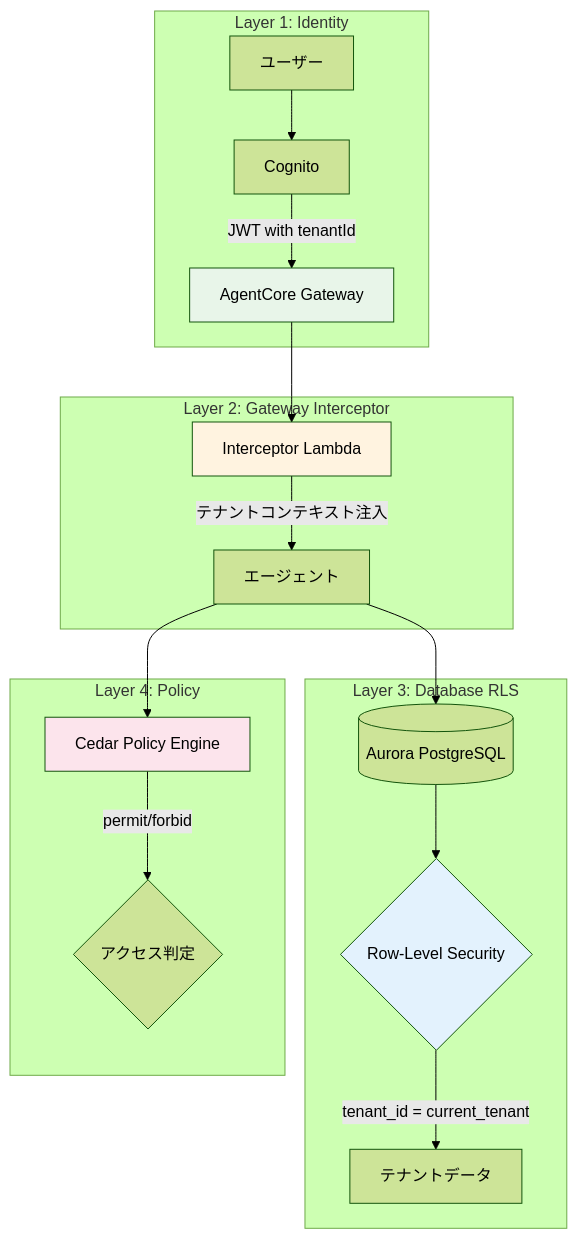
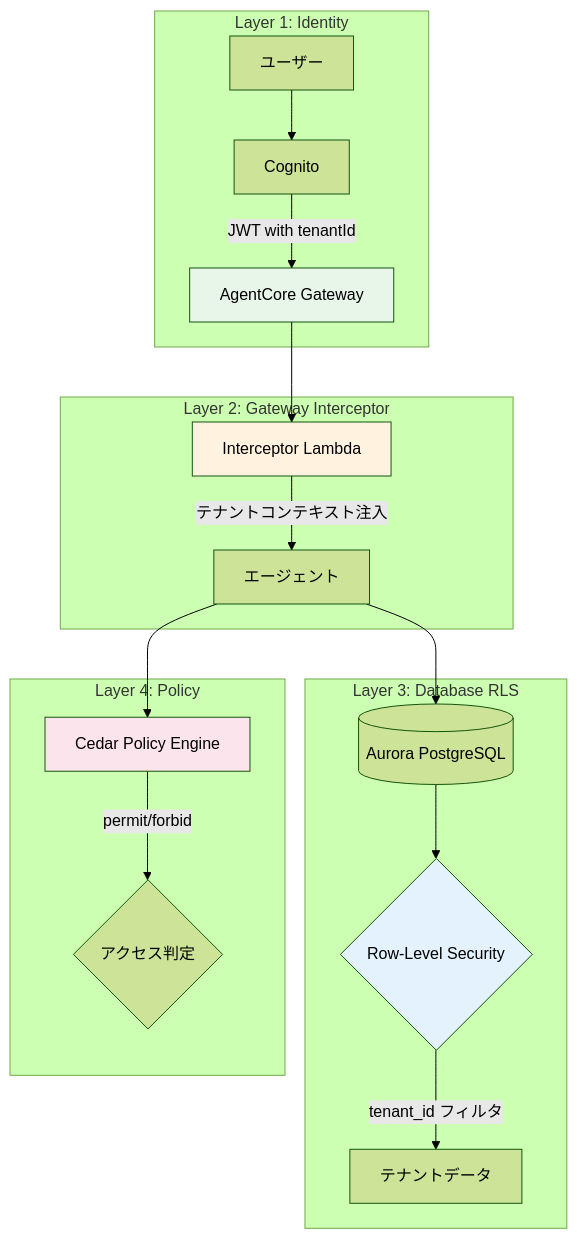
Before and after one commit to yaggytter/agentcore-multi-tenant-handson: the first of 4 diagrams in docs/06-multi-tenant-isolation.md, drawn with Mermaid (forest theme). The commit also changed other lines of this file and 49 other files, not shown here.

````diff
--- a/docs/06-multi-tenant-isolation.md
+++ b/docs/06-multi-tenant-isolation.md
@@ -18,28 +18,28 @@
 ```mermaid
 graph TB
     subgraph "Layer 1: Identity"
         User[ユーザー] --> Cognito[Cognito]
         Cognito -->|JWT with tenantId| Gateway
     end
 
     subgraph "Layer 2: Gateway Interceptor"
         Gateway[AgentCore Gateway] --> Interceptor[Interceptor Lambda]
         Interceptor -->|テナントコンテキスト注入| Agent[エージェント]
     end
 
     subgraph "Layer 3: Database RLS"
         Agent --> DB[(Aurora PostgreSQL)]
         DB --> RLS{Row-Level Security}
-        RLS -->|tenant_id = current_tenant| Data[テナントデータ]
+        RLS -->|tenant_id フィルタ| Data[テナントデータ]
     end
 
     subgraph "Layer 4: Policy"
         Agent --> Cedar[Cedar Policy Engine]
         Cedar -->|permit/forbid| Decision{アクセス判定}
     end
 
     style Gateway fill:#e8f5e9
     style Interceptor fill:#fff3e0
     style RLS fill:#e3f2fd
     style Cedar fill:#fce4ec
 ```
````
